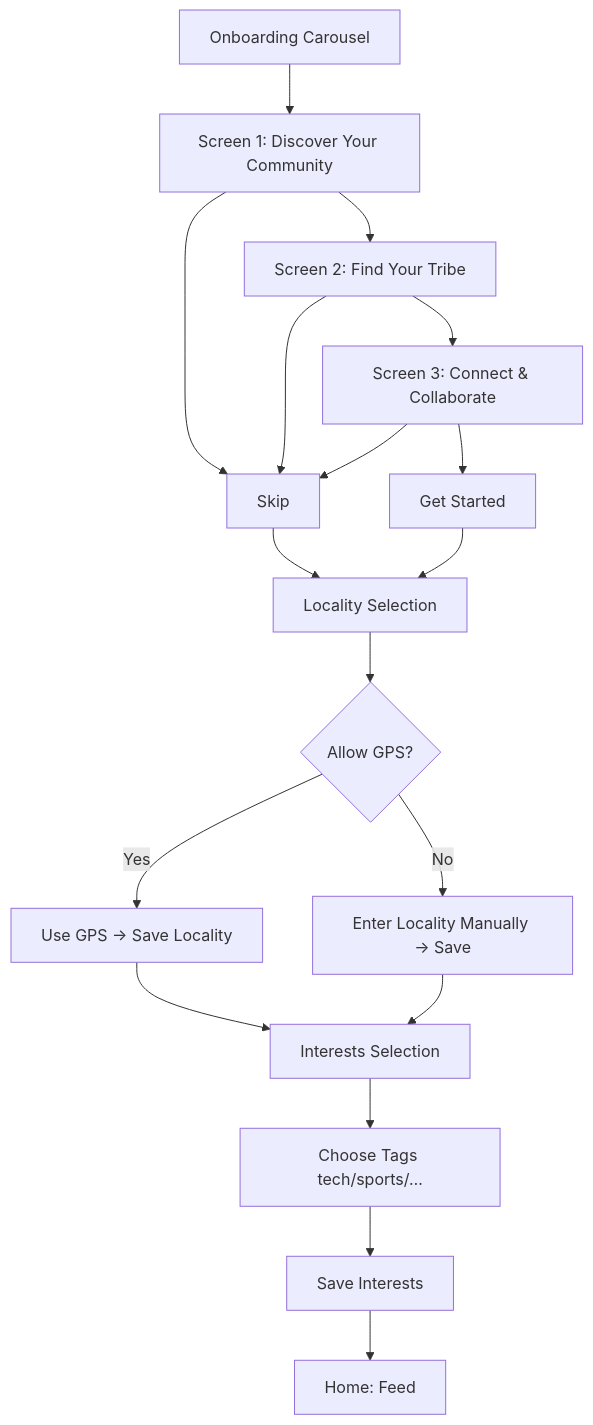
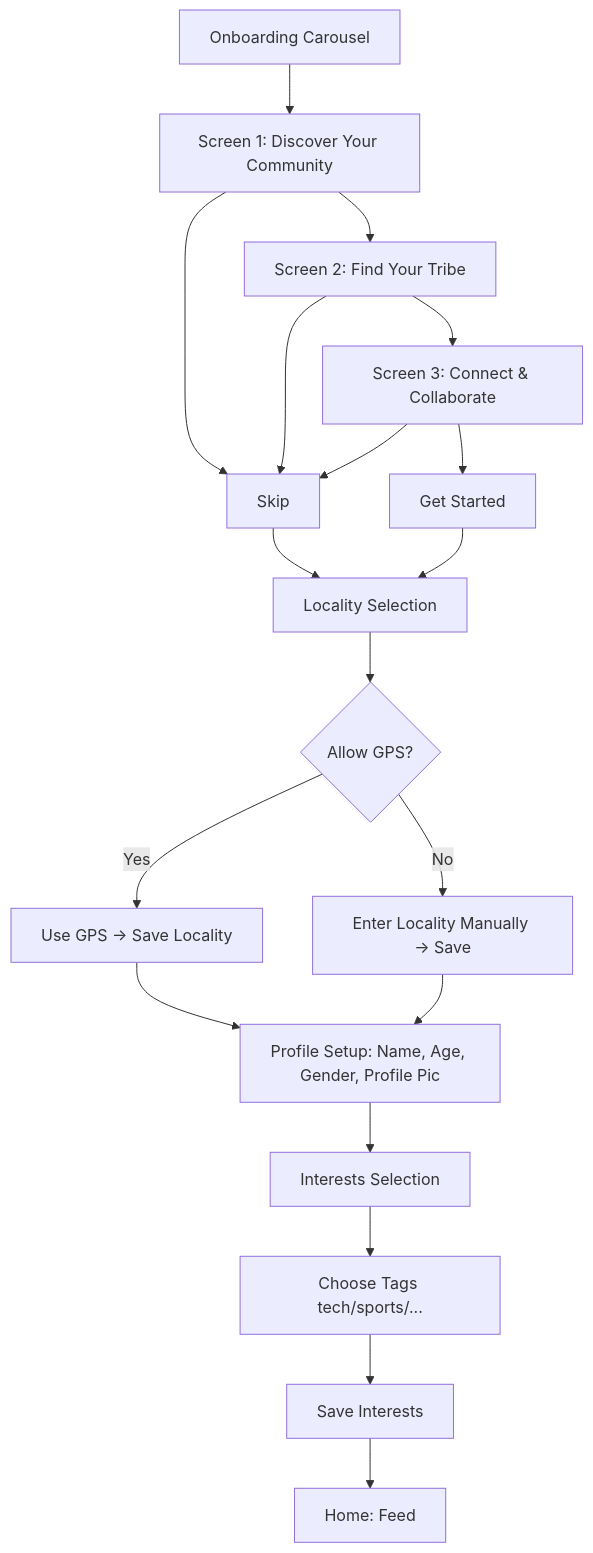
The second of 11 diagrams in userflows.md (SrikanthKoti/nxtup_design), drawn with Mermaid before and after one commit.

````diff
--- a/userflows.md
+++ b/userflows.md
@@ -51,22 +51,25 @@
 ```mermaid
 flowchart TD
   H[Onboarding Carousel] --> H1[Screen 1: Discover Your Community]
   H1 --> H2[Screen 2: Find Your Tribe]
   H2 --> H3[Screen 3: Connect & Collaborate]
   H3 --> H4[Get Started]
   H1 --> S[Skip]
   H2 --> S
   H3 --> S
   S --> L1[Locality Selection]
 
   H4 --> L1[Locality Selection]
   L1 --> L2{Allow GPS?}
   L2 -- Yes --> L3[Use GPS → Save Locality]
   L2 -- No --> L4[Enter Locality Manually → Save]
-  L3 --> I1[Interests Selection]
-  L4 --> I1
 
-  I1 --> I2[Choose Tags tech/sports/…]
+  %% New step added here
+  L3 --> PS[Profile Setup: Name, Age, Gender, Profile Pic]
+  L4 --> PS
+  PS --> I1[Interests Selection]
+
+  I1 --> I2[Choose Tags tech/sports/...]
   I2 --> I3[Save Interests]
   I3 --> Z[Home: Feed]
 ```
````
